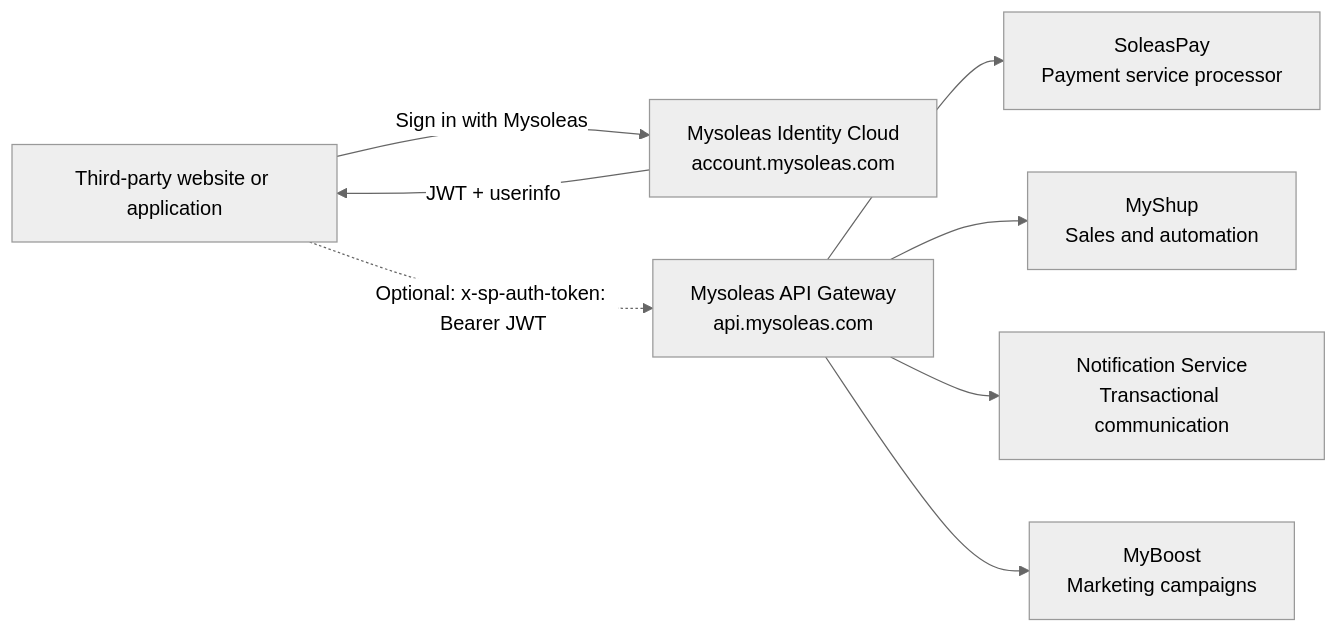
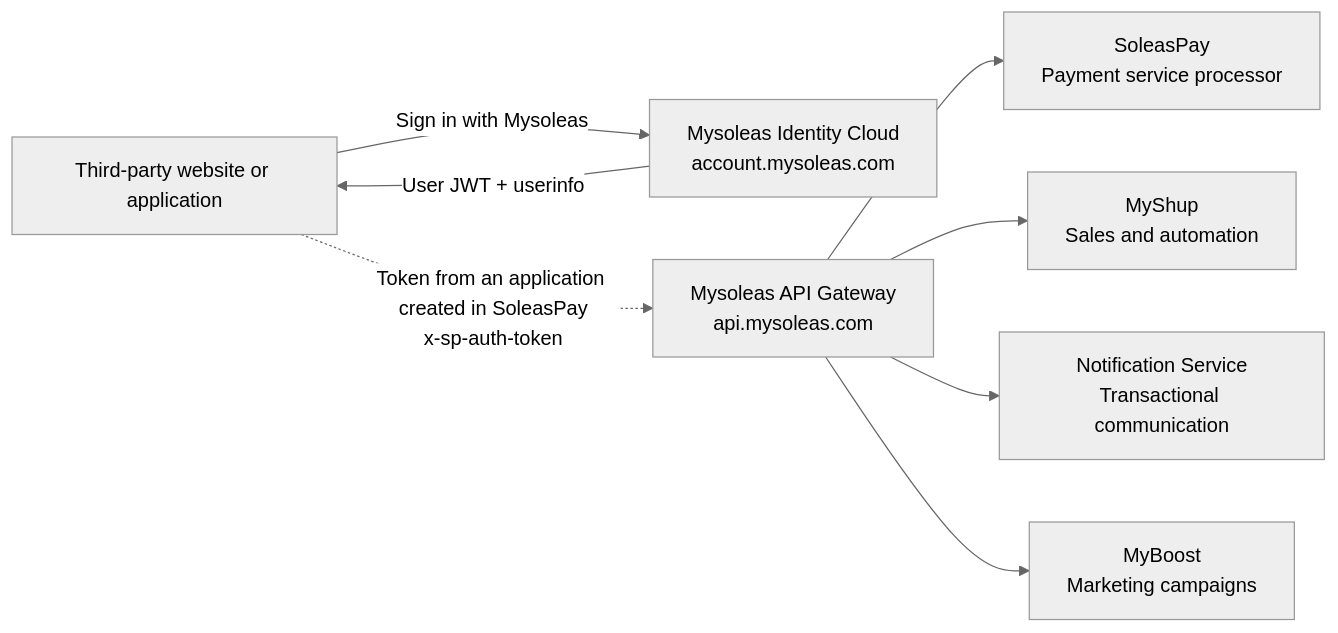
Before and after one commit to MYSOLEAS/documentation: the diagram in en/api-docs/ecosysteme.mdx, drawn with Mermaid (neutral theme). The commit also changed other lines of this file and 21 other files, not shown here.

````diff
--- a/en/api-docs/ecosysteme.mdx
+++ b/en/api-docs/ecosysteme.mdx
@@ -15,18 +15,18 @@
 ```mermaid
 flowchart LR
   App["Third-party website or application"]
   Identity["Mysoleas Identity Cloud<br/>account.mysoleas.com"]
   Gateway["Mysoleas API Gateway<br/>api.mysoleas.com"]
   Pay["SoleasPay<br/>Payment service processor"]
   Shup["MyShup<br/>Sales and automation"]
   Notify["Notification Service<br/>Transactional communication"]
   Boost["MyBoost<br/>Marketing campaigns"]
 
   App -->|"Sign in with Mysoleas"| Identity
-  Identity -->|"JWT + userinfo"| App
-  App -.->|"Optional: x-sp-auth-token: Bearer JWT"| Gateway
+  Identity -->|"User JWT + userinfo"| App
+  App -.->|"Token from an application created in SoleasPay<br/>x-sp-auth-token"| Gateway
   Gateway --> Pay
   Gateway --> Shup
   Gateway --> Notify
   Gateway --> Boost
 ```
````
